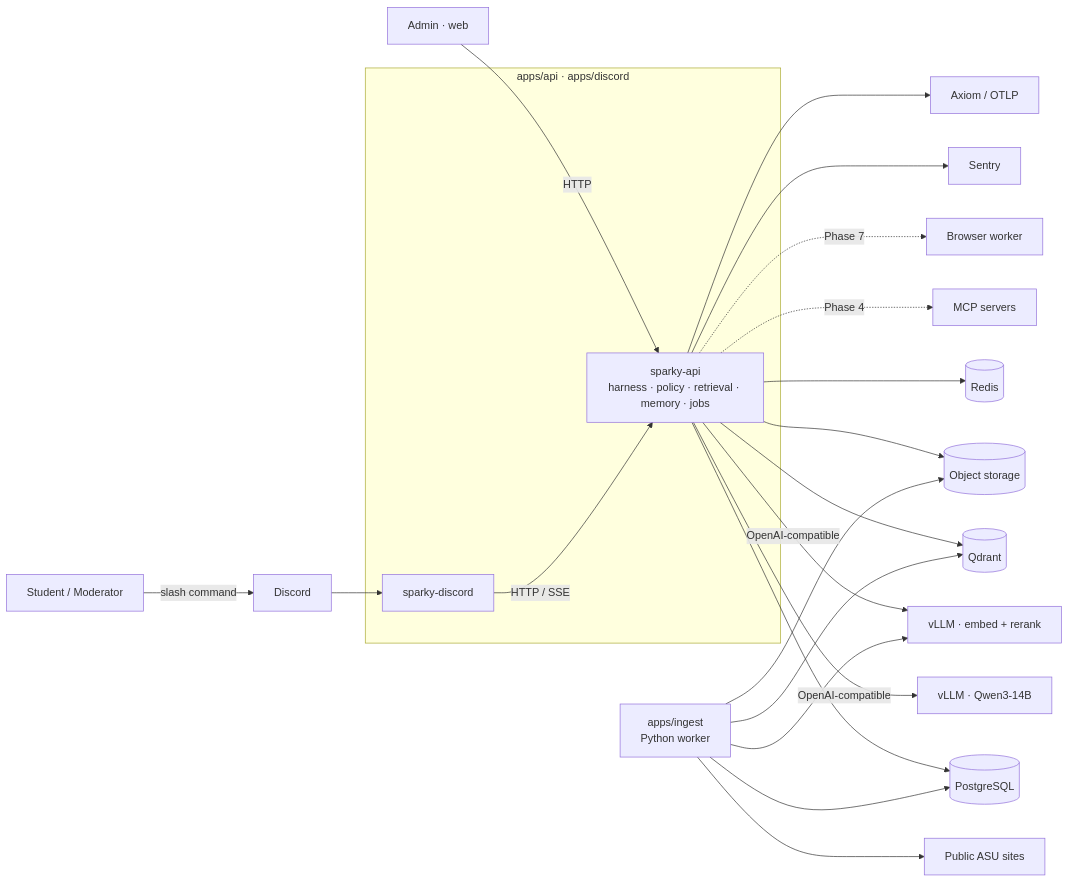
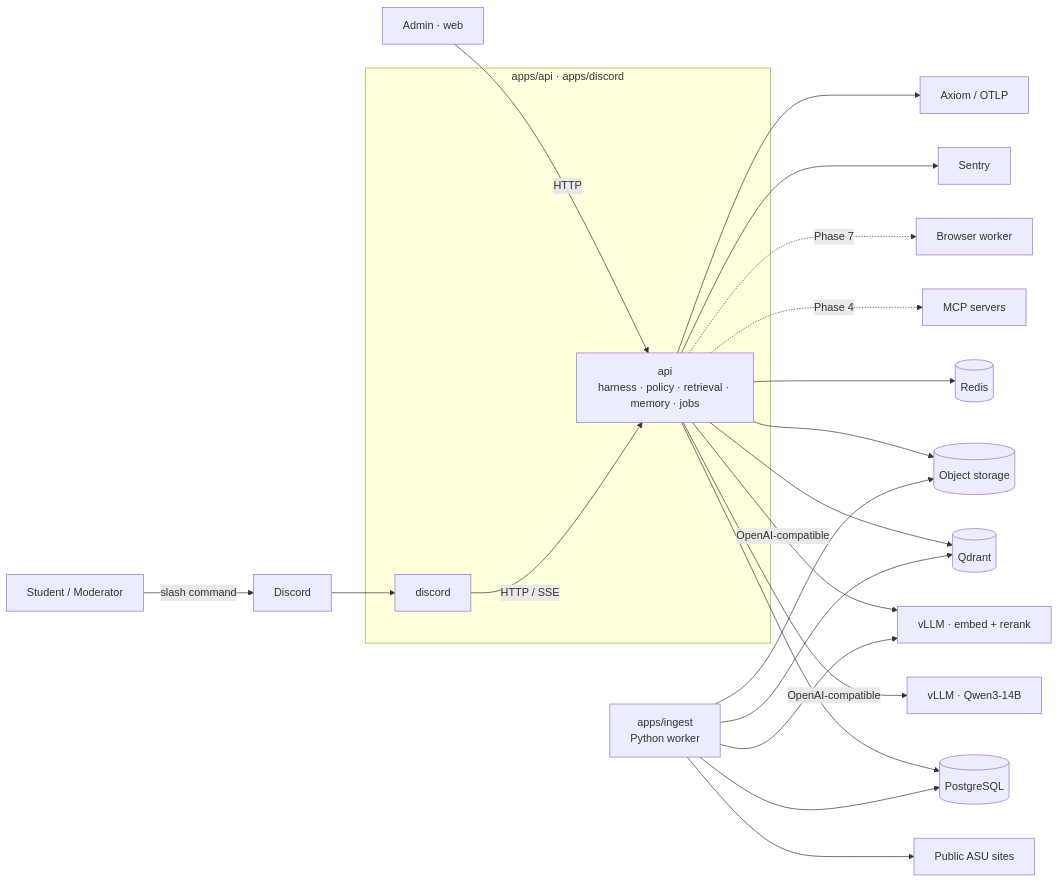
Before and after one commit to ashworks1706/SparkyAI: the first of 9 diagrams in docs/ARCHITECTURE.md, drawn with Mermaid. The commit also changed other lines of this file and 76 other files, not shown here.

First line of the commit message:
Fold crates into apps/api modules; apps/inference; binaries api and discord

````diff
--- a/docs/ARCHITECTURE.md
+++ b/docs/ARCHITECTURE.md
@@ -11,30 +11,30 @@
 ```mermaid
 flowchart LR
     U[Student / Moderator] -->|slash command| D[Discord]
     A[Admin · web] -->|HTTP| APP
 
     subgraph rust [apps/api · apps/discord]
-        BOT[sparky-discord]
-        APP[sparky-api<br/>harness · policy · retrieval · memory · jobs]
+        BOT[discord]
+        APP[api<br/>harness · policy · retrieval · memory · jobs]
     end
     D --> BOT
     BOT -->|HTTP / SSE| APP
 
     APP -->|OpenAI-compatible| VLLM[vLLM · Qwen3-14B]
     APP -->|OpenAI-compatible| EMB[vLLM · embed + rerank]
     APP --> PG[(PostgreSQL)]
     APP --> RD[(Redis)]
     APP --> QD[(Qdrant)]
     APP --> S3[(Object storage)]
     APP -.->|Phase 4| MCP[MCP servers]
     APP -.->|Phase 7| BW[Browser worker]
 
     ING[apps/ingest<br/>Python worker] --> WEB[Public ASU sites]
     ING --> PG
     ING --> QD
     ING --> S3
     ING --> EMB
 
     APP --> SEN[Sentry]
     APP --> AX[Axiom / OTLP]
 ```
````
